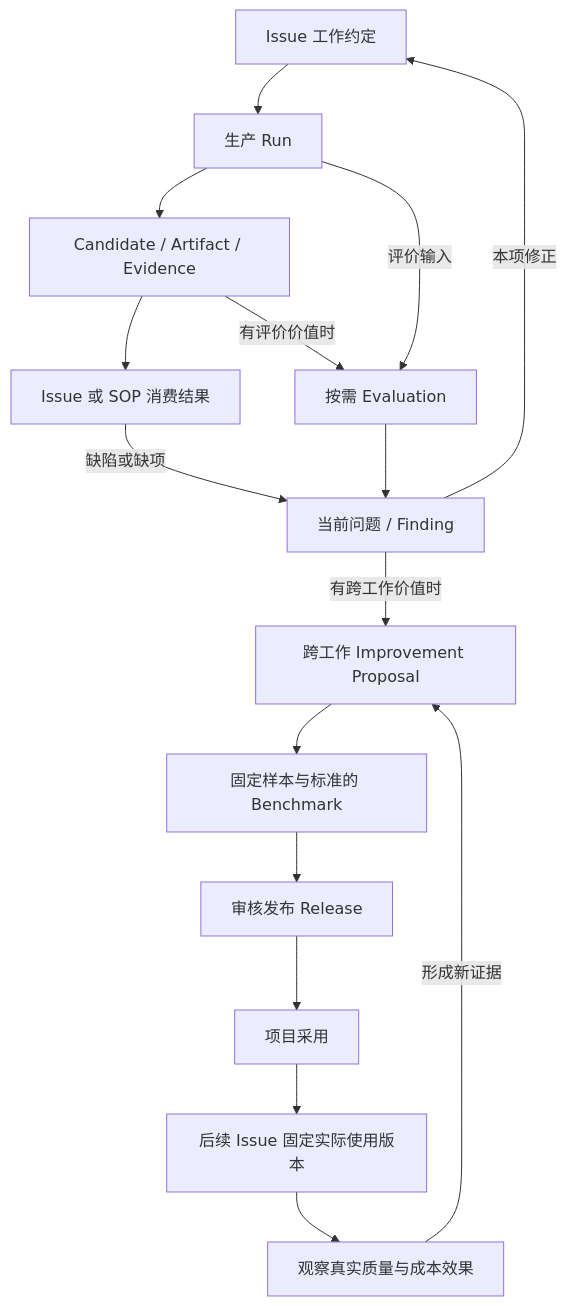
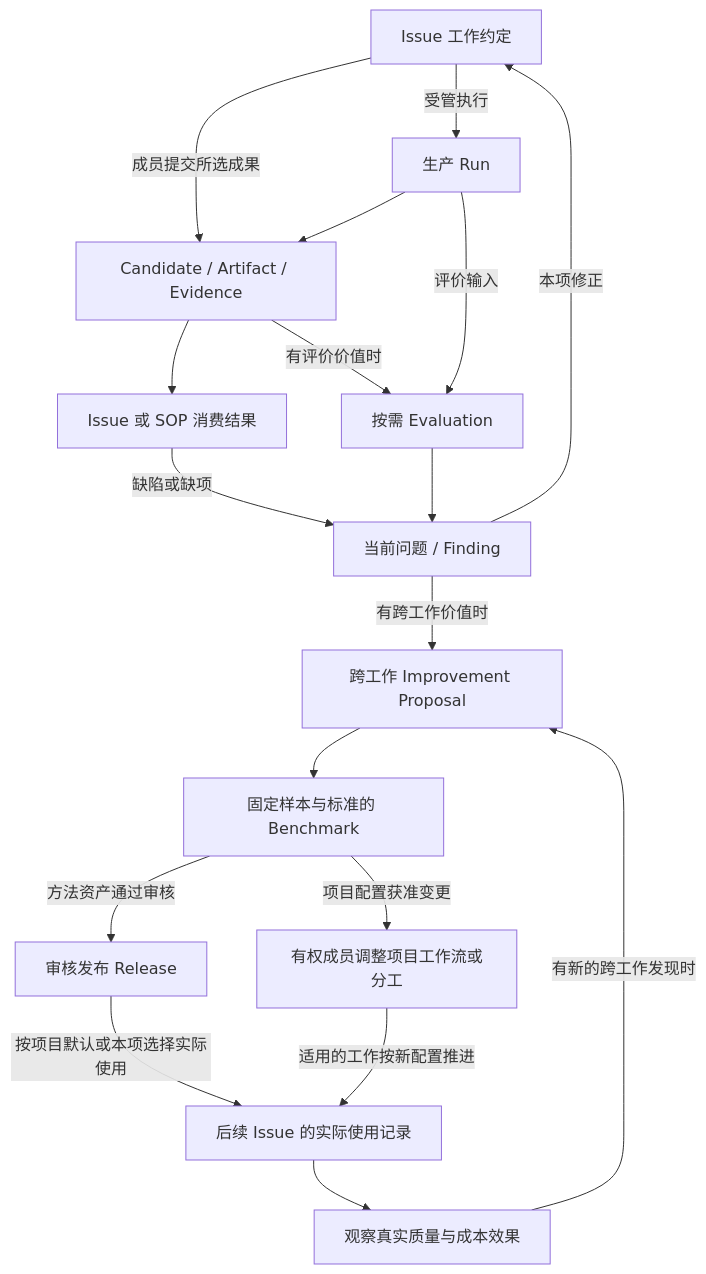
Before and after one commit to ScWen7/Issues: the sixth of 7 diagrams in docs/architecture/system-architecture.md, drawn with Mermaid. The commit also changed other lines of this file and 6 other files, not shown here.

```diff
--- a/docs/architecture/system-architecture.md
+++ b/docs/architecture/system-architecture.md
@@ -307,24 +308,31 @@
 ~~~mermaid
 flowchart TB
   Issue["Issue 工作约定"]
   Run["生产 Run"]
   Delivery["Candidate / Artifact / Evidence"]
   Consume["Issue 或 SOP 消费结果"]
   Finding["当前问题 / Finding"]
   Evaluation["按需 Evaluation"]
   Proposal["跨工作 Improvement Proposal"]
   Benchmark["固定样本与标准的 Benchmark"]
   Release["审核发布 Release"]
-  Adoption["项目采用"]
-  Next["后续 Issue 固定实际使用版本"]
+  Change["有权成员调整项目工作流或分工"]
+  Next["后续 Issue 的实际使用记录"]
   Outcome["观察真实质量与成本效果"]
-  Issue --> Run --> Delivery --> Consume
+  Issue -->|"成员提交所选成果"| Delivery
+  Issue -->|"受管执行"| Run --> Delivery
+  Delivery --> Consume
   Consume -->|"缺陷或缺项"| Finding
   Finding -->|"本项修正"| Issue
   Delivery -->|"有评价价值时"| Evaluation
   Run -->|"评价输入"| Evaluation
   Evaluation --> Finding
   Finding -->|"有跨工作价值时"| Proposal
-  Proposal --> Benchmark --> Release --> Adoption --> Next --> Outcome
-  Outcome -->|"形成新证据"| Proposal
+  Proposal --> Benchmark
+  Benchmark -->|"方法资产通过审核"| Release
+  Benchmark -->|"项目配置获准变更"| Change
+  Release -->|"按项目默认或本项选择实际使用"| Next
+  Change -->|"适用的工作按新配置推进"| Next
+  Next --> Outcome
+  Outcome -->|"有新的跨工作发现时"| Proposal
 ~~~
```
